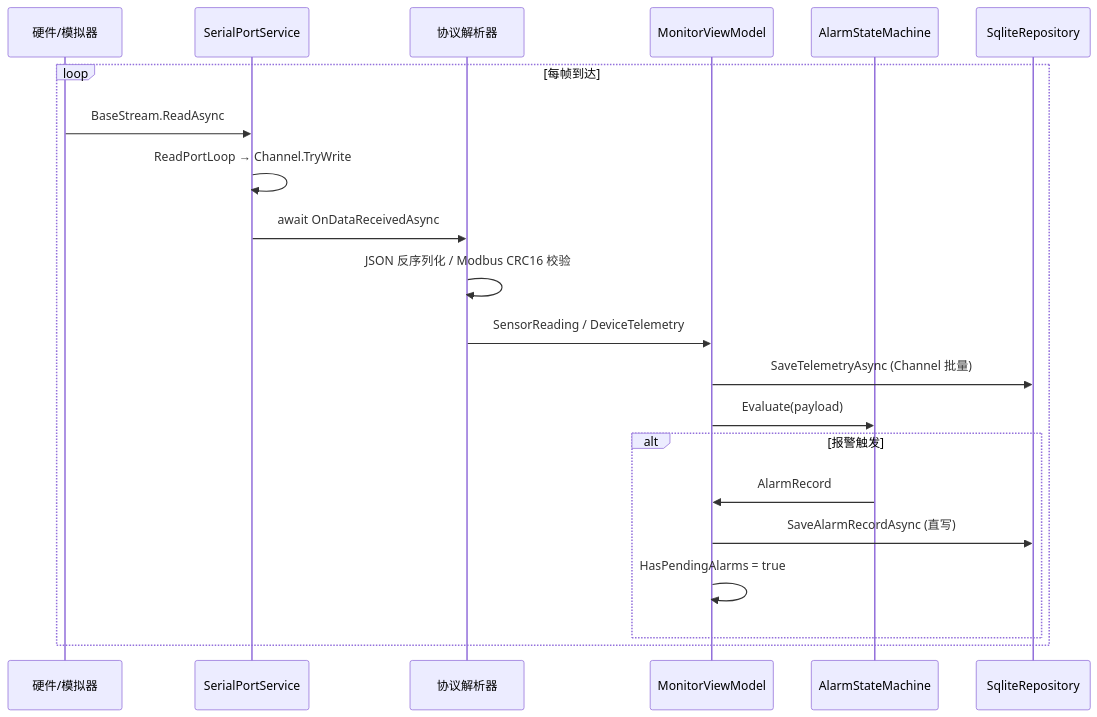
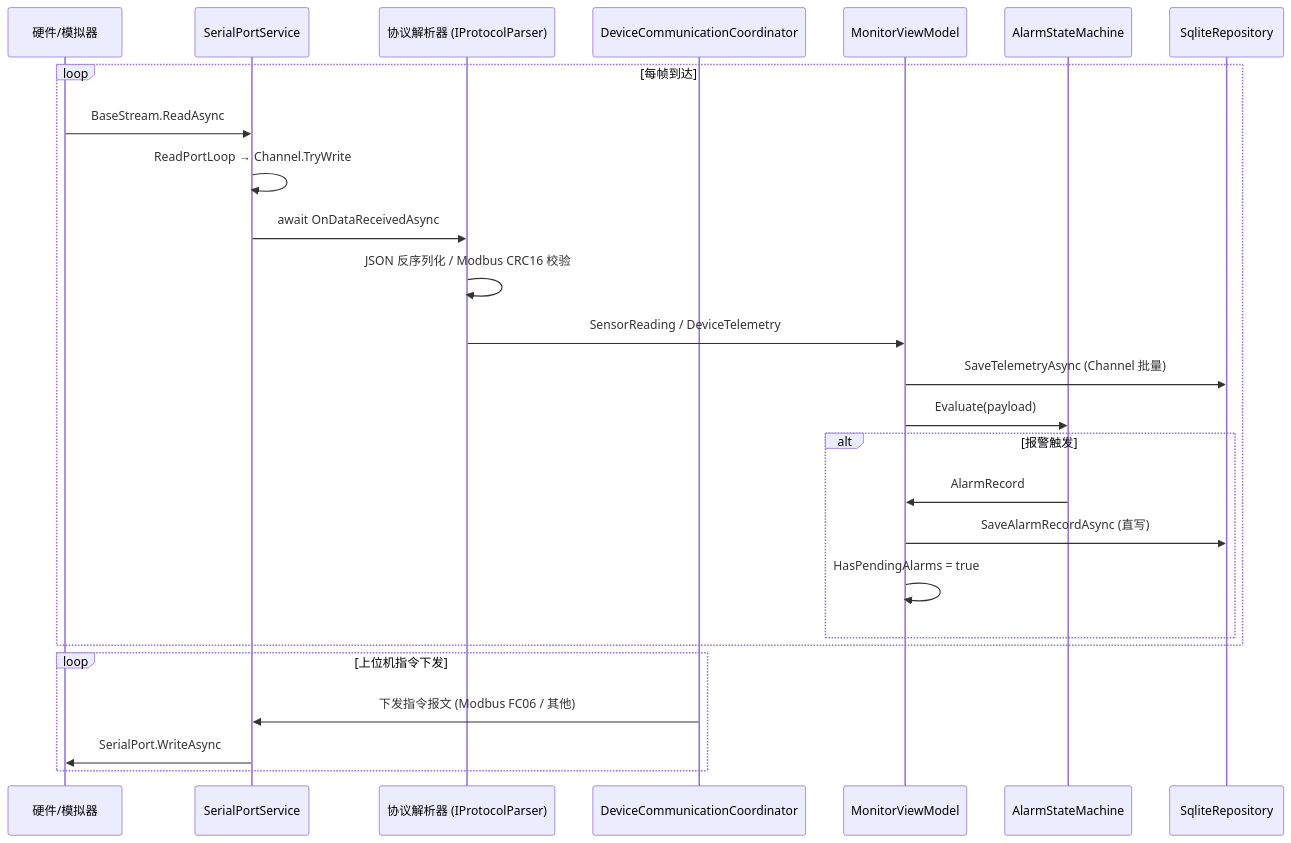
Before and after one commit to YiQiuAcc/SmartEdgeHMI: the second of 3 diagrams in README.md, drawn with Mermaid. The commit also changed other lines of this file, not shown here.

````diff
--- a/README.md
+++ b/README.md
@@ -140,24 +157,30 @@
 ```mermaid
 sequenceDiagram
     participant HW as 硬件/模拟器
     participant SP as SerialPortService
-    participant Parser as 协议解析器
+    participant Parser as 协议解析器 (IProtocolParser)
+    participant Coord as DeviceCommunicationCoordinator
     participant VM as MonitorViewModel
     participant State as AlarmStateMachine
     participant DB as SqliteRepository
 
     loop 每帧到达
         HW->>SP: BaseStream.ReadAsync
         SP->>SP: ReadPortLoop → Channel.TryWrite
         SP->>Parser: await OnDataReceivedAsync
         Parser->>Parser: JSON 反序列化 / Modbus CRC16 校验
         Parser->>VM: SensorReading / DeviceTelemetry
         VM->>DB: SaveTelemetryAsync (Channel 批量)
         VM->>State: Evaluate(payload)
         alt 报警触发
             State->>VM: AlarmRecord
             VM->>DB: SaveAlarmRecordAsync (直写)
             VM->>VM: HasPendingAlarms = true
         end
     end
+
+    loop 上位机指令下发
+        Coord->>SP: 下发指令报文 (Modbus FC06 / 其他)
+        SP->>HW: SerialPort.WriteAsync
+    end
 ```
````
